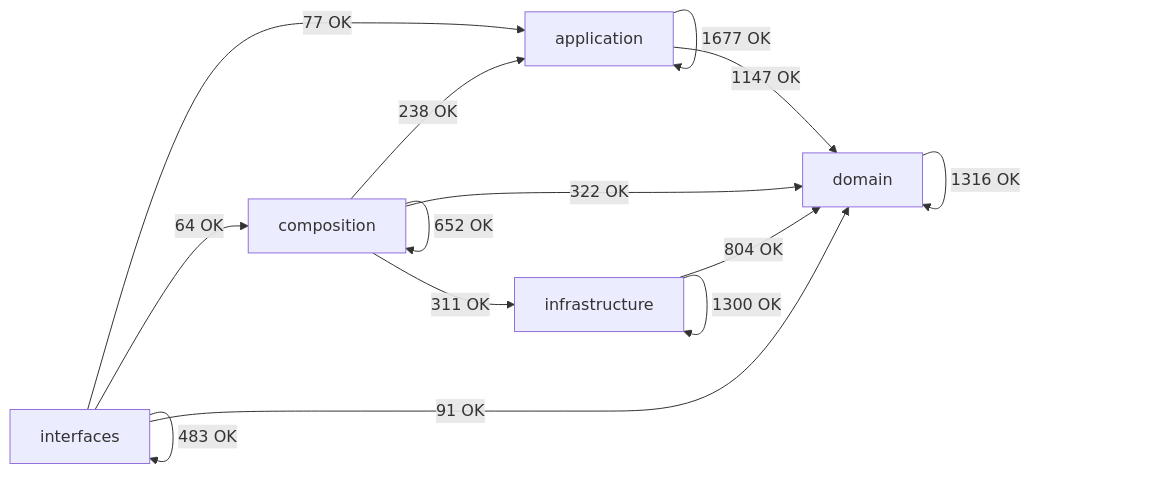
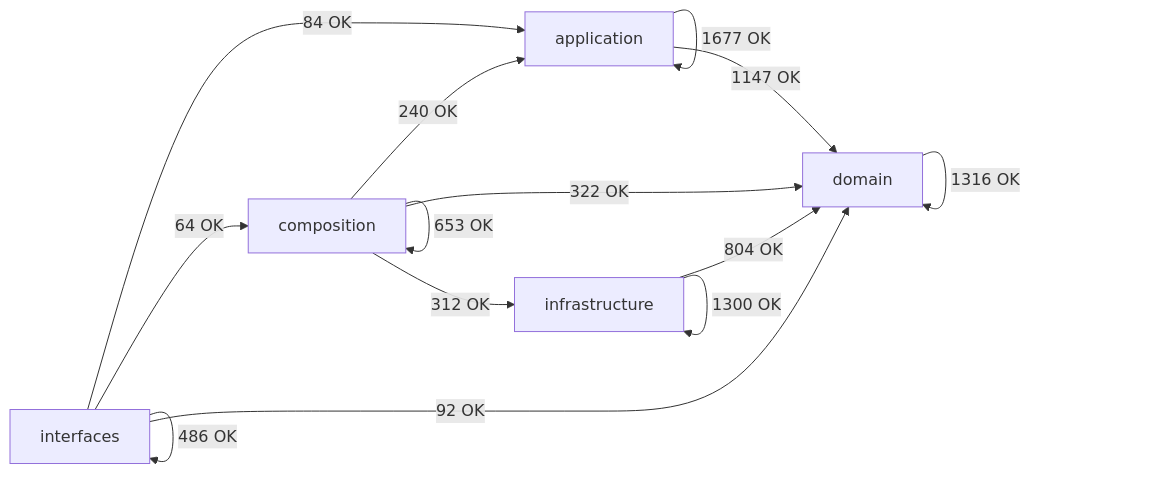
The diagram in docs/02-architecture/generated/module-dependency-map.md (SatoryKono/BioactivityDataAcquisition), drawn with Mermaid before and after one commit. The commit also changed other lines of this file and 42 other files, not shown here.

````diff
--- a/docs/02-architecture/generated/module-dependency-map.md
+++ b/docs/02-architecture/generated/module-dependency-map.md
@@ -17,21 +17,21 @@
 ```mermaid
 flowchart LR
     domain[domain]
     application[application]
     infrastructure[infrastructure]
     composition[composition]
     interfaces[interfaces]
     application -->|1677 OK| application
     application -->|1147 OK| domain
-    composition -->|238 OK| application
-    composition -->|652 OK| composition
+    composition -->|240 OK| application
+    composition -->|653 OK| composition
     composition -->|322 OK| domain
-    composition -->|311 OK| infrastructure
+    composition -->|312 OK| infrastructure
     domain -->|1316 OK| domain
     infrastructure -->|804 OK| domain
     infrastructure -->|1300 OK| infrastructure
-    interfaces -->|77 OK| application
+    interfaces -->|84 OK| application
     interfaces -->|64 OK| composition
-    interfaces -->|91 OK| domain
-    interfaces -->|483 OK| interfaces
+    interfaces -->|92 OK| domain
+    interfaces -->|486 OK| interfaces
 ```
````
